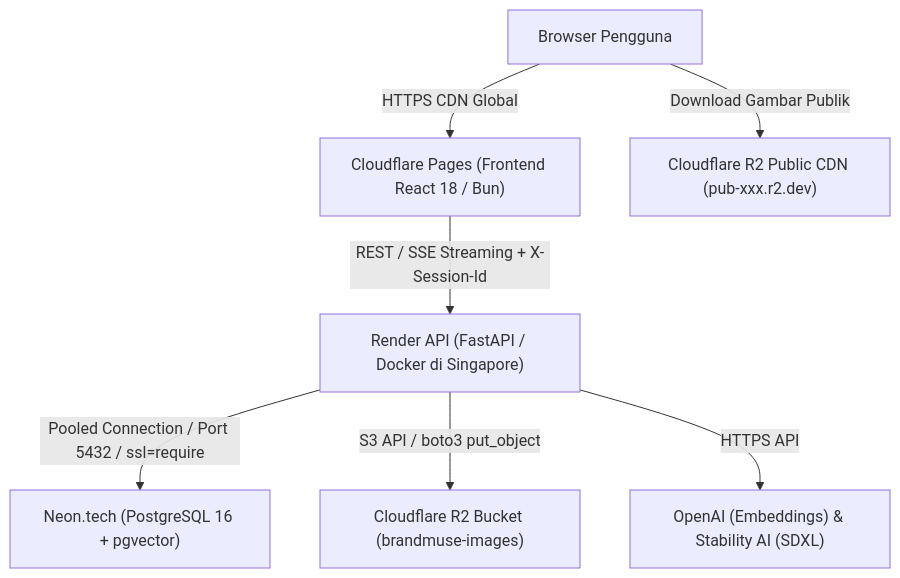
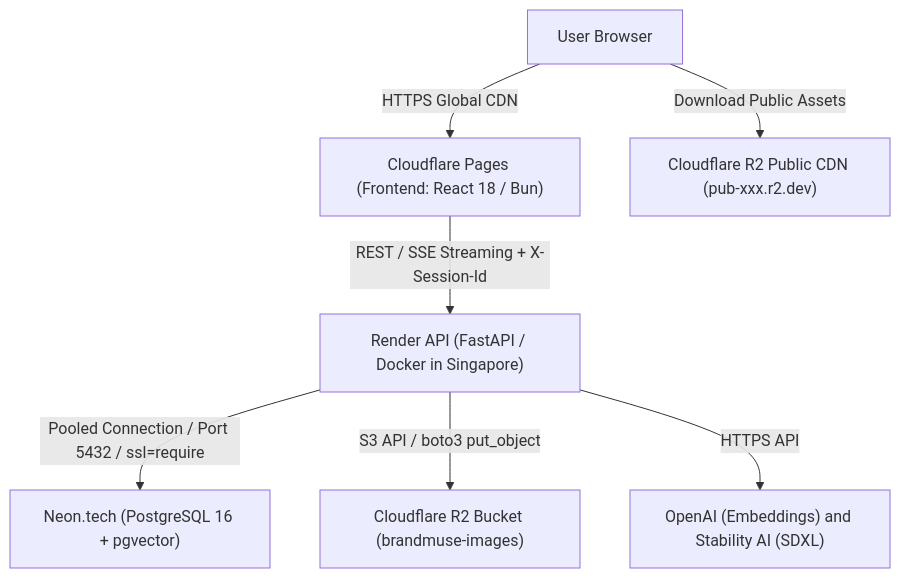
The diagram in DEPLOYMENT_NEON_R2.md (rflishrl/brandmuse), drawn with Mermaid before and after one commit. The commit also changed other lines of this file and 18 other files, not shown here.

````diff
--- a/DEPLOYMENT_NEON_R2.md
+++ b/DEPLOYMENT_NEON_R2.md
@@ -13,9 +13,9 @@
 ```mermaid
 graph TD
-    User["Browser Pengguna"] -->|HTTPS CDN Global| Pages["Cloudflare Pages (Frontend React 18 / Bun)"]
-    Pages -->|REST / SSE Streaming + X-Session-Id| Render["Render API (FastAPI / Docker di Singapore)"]
+    User["User Browser"] -->|HTTPS Global CDN| Pages["Cloudflare Pages (Frontend: React 18 / Bun)"]
+    Pages -->|REST / SSE Streaming + X-Session-Id| Render["Render API (FastAPI / Docker in Singapore)"]
     Render -->|Pooled Connection / Port 5432 / ssl=require| Neon["Neon.tech (PostgreSQL 16 + pgvector)"]
     Render -->|S3 API / boto3 put_object| R2["Cloudflare R2 Bucket (brandmuse-images)"]
-    Render -->|HTTPS API| AI["OpenAI (Embeddings) & Stability AI (SDXL)"]
-    User -->|Download Gambar Publik| R2Public["Cloudflare R2 Public CDN (pub-xxx.r2.dev)"]
+    Render -->|HTTPS API| AI["OpenAI (Embeddings) and Stability AI (SDXL)"]
+    User -->|Download Public Assets| R2Public["Cloudflare R2 Public CDN (pub-xxx.r2.dev)"]
 ```
````
